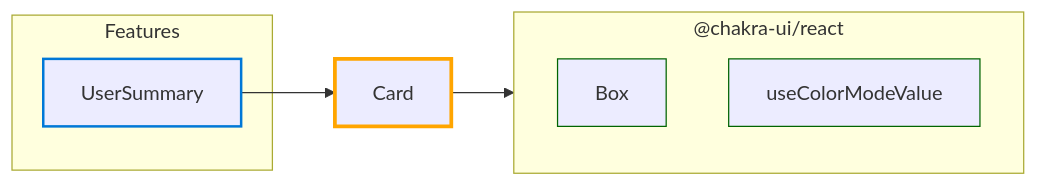
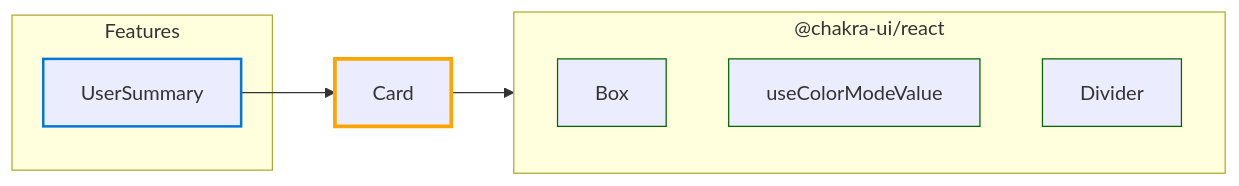
One commit to star4beam/react-package-analyzer changed the diagram in test-project-import-analysis/hubs/Card.md. Above: the diagram before and after it, drawn with Mermaid. The commit also changed other lines of this file and 46 other files, not shown here.

````diff
--- a/test-project-import-analysis/hubs/Card.md
+++ b/test-project-import-analysis/hubs/Card.md
@@ -15,36 +15,38 @@
 ```mermaid
 flowchart LR
     %% Node styles
     classDef feature stroke:#0078d7,stroke-width:2px
     classDef currentHub stroke:#ffa500,stroke-width:3px
     classDef main stroke:#d04a02,stroke-width:2px
     classDef intermediate stroke:#7e6000,stroke-width:2px
     classDef base stroke:#006400,stroke-width:2px
     classDef component stroke:#006400,stroke-width:1px
 
     %% Link styles
     linkStyle default stroke:#333,stroke-width:1px
     %% Use different arrow styles for dependency types
     %% Direct: solid line, Indirect: dashed line, Both: thick solid line
 
     hub_Card["Card"]
     class hub_Card currentHub
 
     %% Features that use this hub (directly or indirectly)
     subgraph Features["Features"]
         feature_UserSummary["UserSummary"]
         class feature_UserSummary feature
     end
 
     feature_UserSummary --> hub_Card
     %% Components directly used by this hub
     subgraph pkg__chakra_ui_react["@chakra-ui/react"]
         comp__chakra_ui_react_Box["Box"]
         class comp__chakra_ui_react_Box component
         comp__chakra_ui_react_useColorModeValue["useColorModeValue"]
         class comp__chakra_ui_react_useColorModeValue component
+        comp__chakra_ui_react_Divider["Divider"]
+        class comp__chakra_ui_react_Divider component
     end
     hub_Card --> pkg__chakra_ui_react
 
     %% Direct hub-to-hub connections
 ```
````
